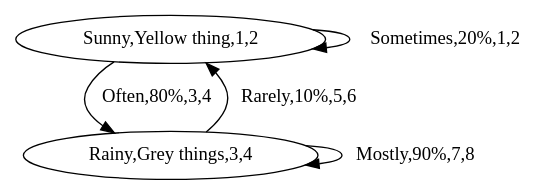
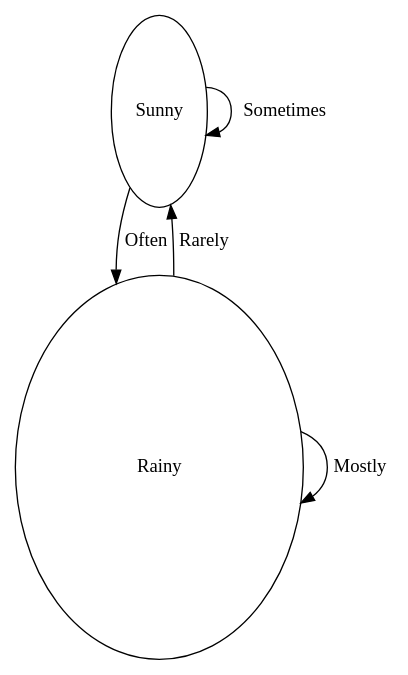
The diagram in BoostGraphTutorial/create_bundled_edges_and_vertices_markov_chain.dot (richelbilderbeek/boost_graph_cookbook_1), drawn with Graphviz before and after one commit. The commit also changed 21 other files, not shown here.

```diff
--- a/BoostGraphTutorial/create_bundled_edges_and_vertices_markov_chain.dot
+++ b/BoostGraphTutorial/create_bundled_edges_and_vertices_markov_chain.dot
@@ -1,8 +1,8 @@
 digraph G {
-0[label="Sunny,Yellow thing,1,2"];
-1[label="Rainy,Grey things,3,4"];
-0->0 [label="Sometimes,20%,1,2"];
-0->1 [label="Often,80%,3,4"];
-1->0 [label="Rarely,10%,5,6"];
-1->1 [label="Mostly,90%,7,8"];
+0[label="Sunny",comment="Yellow$$$SPACE$$$thing",width=1,height=2];
+1[label="Rainy",comment="Grey$$$SPACE$$$things",width=3,height=4];
+0->0 [label="Sometimes",comment="20%",width=1,height=2];
+0->1 [label="Often",comment="80%",width=3,height=4];
+1->0 [label="Rarely",comment="10%",width=5,height=6];
+1->1 [label="Mostly",comment="90%",width=7,height=8];
 }
```
